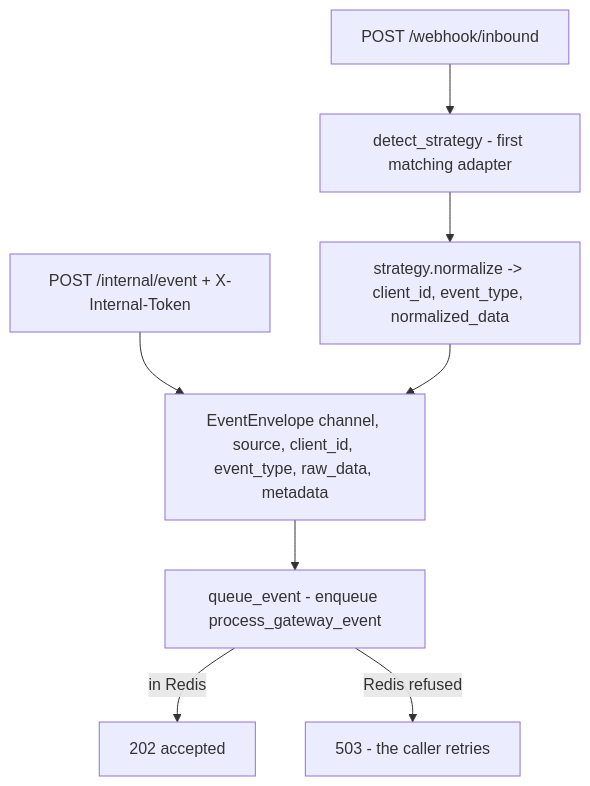
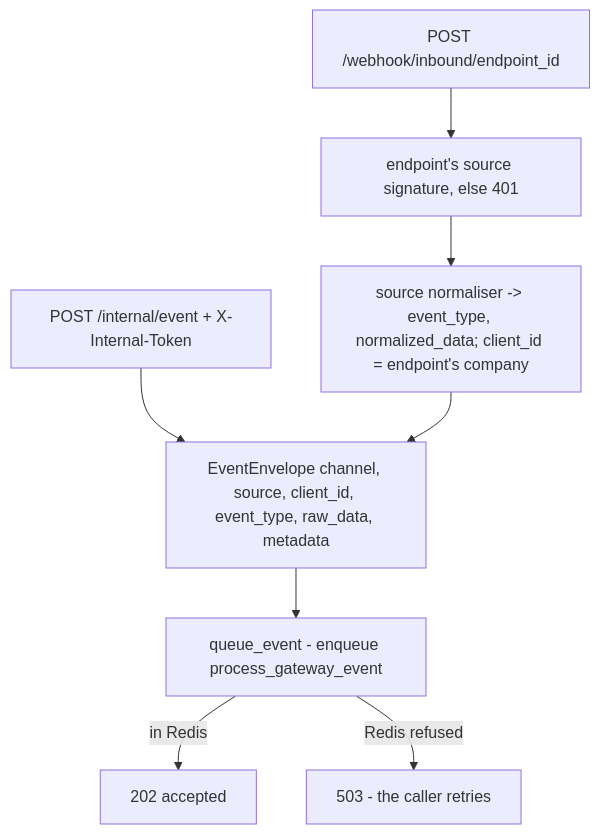
Before and after one commit to gondolerahul/hire-buddha-app: diagram 12 of 19 in docs/current/02-system-architecture.md, drawn with Mermaid. The commit also changed other lines of this file and 21 other files, not shown here.

````diff
--- a/docs/current/02-system-architecture.md
+++ b/docs/current/02-system-architecture.md
@@ -859,10 +860,10 @@
 ```mermaid
 flowchart TD
-    W["POST /webhook/inbound"] --> DET["detect_strategy - first matching adapter"]
-    DET --> NORM["strategy.normalize -> client_id, event_type, normalized_data"]
+    W["POST /webhook/inbound/endpoint_id"] --> SIG["endpoint's source signature, else 401"]
+    SIG --> NORM["source normaliser -> event_type, normalized_data; client_id = endpoint's company"]
     I["POST /internal/event + X-Internal-Token"] --> ENV
     NORM --> ENV["EventEnvelope channel, source, client_id, event_type, raw_data, metadata"]
     ENV --> Q["queue_event - enqueue process_gateway_event"]
     Q -->|"in Redis"| OK["202 accepted"]
     Q -->|"Redis refused"| NO["503 - the caller retries"]
 ```
````
